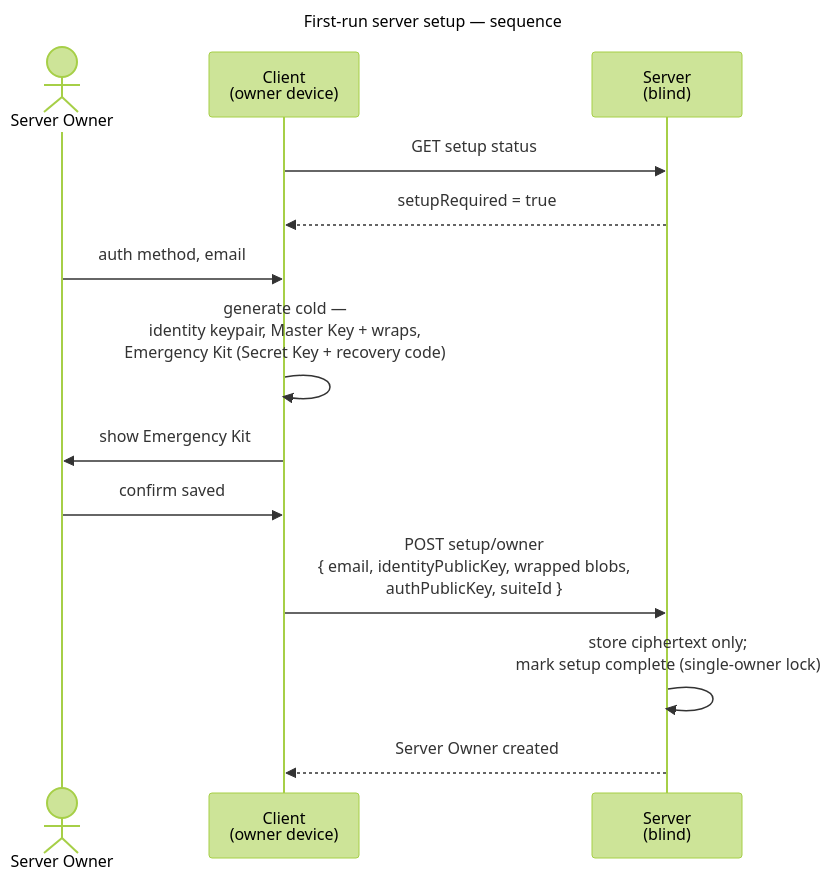
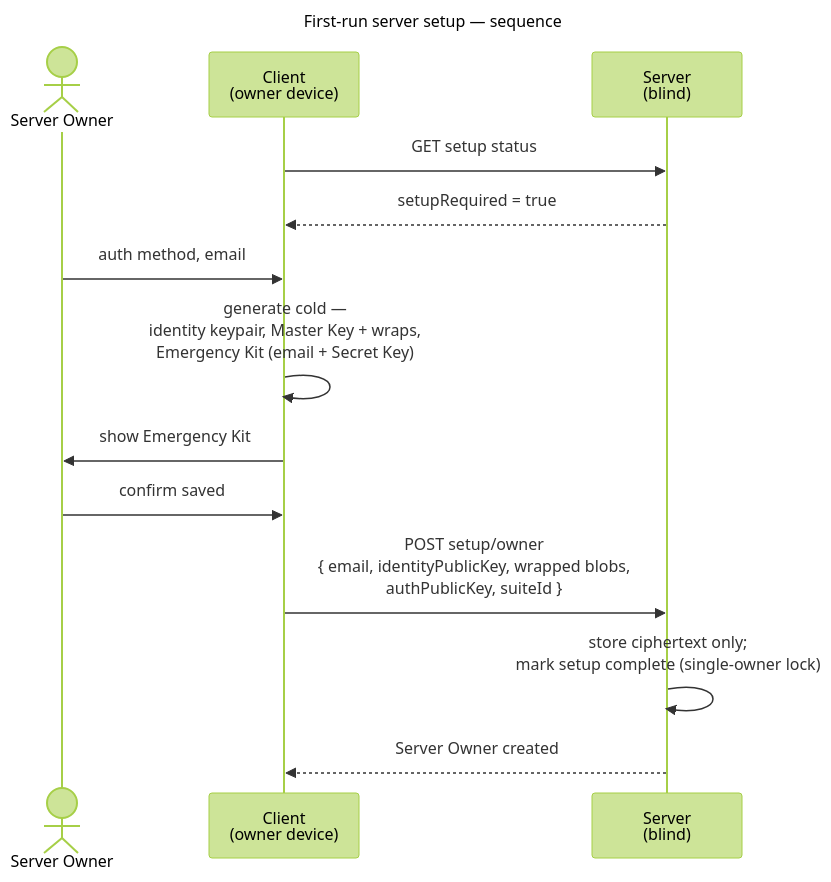
The first of 2 diagrams in docs/features/admin/use-cases/uc.admin.setup-server.md (raddatzk/veyq), drawn with Mermaid (forest theme) before and after one commit. The commit also changed other lines of this file and 2 other files, not shown here.

First line of the commit message:
docs(account): write down the Emergency Kit format; drop the recovery code it never held

````diff
--- a/docs/features/admin/use-cases/uc.admin.setup-server.md
+++ b/docs/features/admin/use-cases/uc.admin.setup-server.md
@@ -29,18 +29,18 @@
 ```mermaid
 ---
 title: First-run server setup — sequence
 ---
 sequenceDiagram
   actor O as Server Owner
   participant C as Client<br>(owner device)
   participant S as Server<br>(blind)
   C->>S: GET setup status
   S-->>C: setupRequired = true
   O->>C: auth method, email
-  C->>C: generate cold —<br>identity keypair, Master Key + wraps,<br>Emergency Kit (Secret Key + recovery code)
+  C->>C: generate cold —<br>identity keypair, Master Key + wraps,<br>Emergency Kit (email + Secret Key)
   C->>O: show Emergency Kit
   O->>C: confirm saved
   C->>S: POST setup/owner<br>{ email, identityPublicKey, wrapped blobs,<br>authPublicKey, suiteId }
   S->>S: store ciphertext only#59;<br>mark setup complete (single-owner lock)
   S-->>C: Server Owner created
 ```
````
